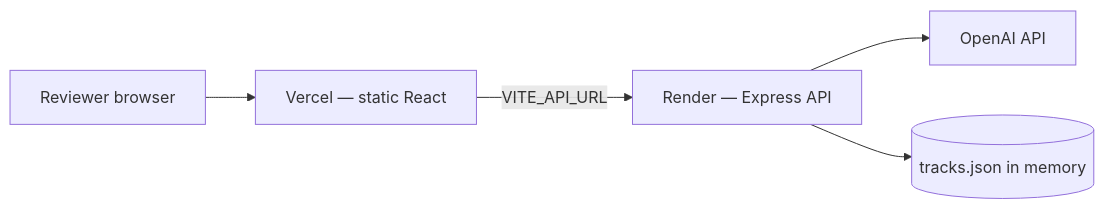
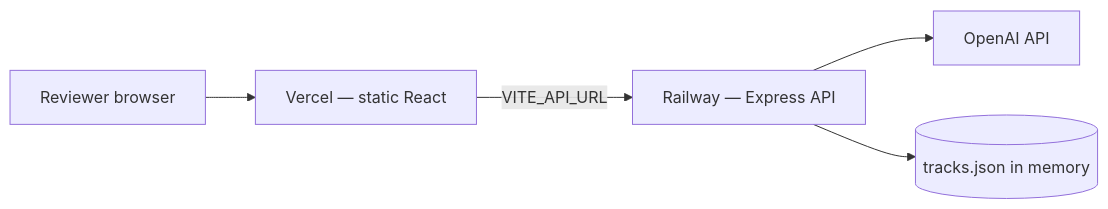
The diagram in Docs/implementation.md (tejas2904-RM/Spotify-Moments-MVP), drawn with Mermaid before and after one commit. The commit also changed other lines of this file and 10 other files, not shown here.

First line of the commit message:
Switch backend deployment from Render to Railway.

````diff
--- a/Docs/implementation.md
+++ b/Docs/implementation.md
@@ -1828,7 +1800,7 @@
 ```mermaid
 flowchart LR
     User[Reviewer browser] --> Vercel[Vercel — static React]
-    Vercel -->|VITE_API_URL| Render[Render — Express API]
-    Render --> LLM[OpenAI API]
-    Render --> JSON[(tracks.json in memory)]
+    Vercel -->|VITE_API_URL| Railway[Railway — Express API]
+    Railway --> LLM[OpenAI API]
+    Railway --> JSON[(tracks.json in memory)]
 ```
````
